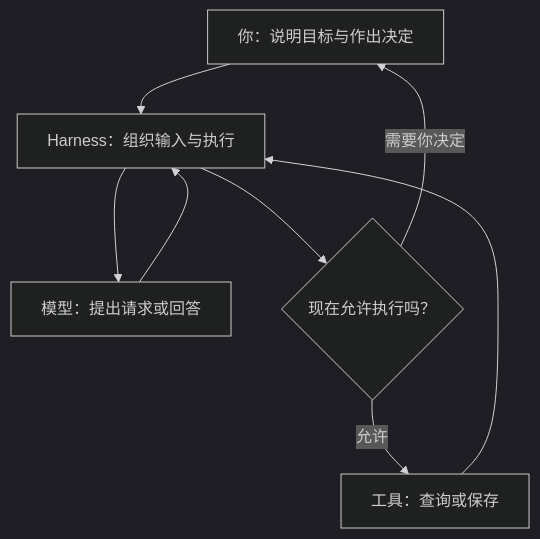
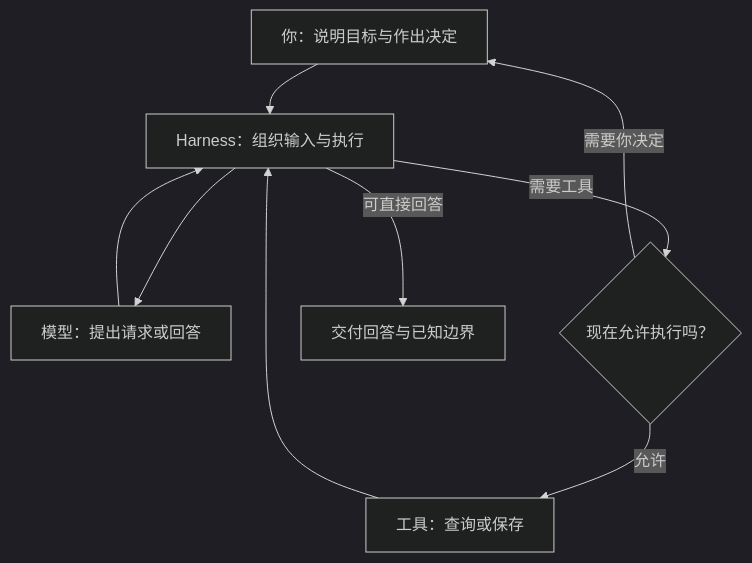
Before and after one commit to offercontext/offerPilot: the diagram in docs/learn/07-who-connects-the-steps.md, drawn with Mermaid (dark theme). The commit also changed other lines of this file and 27 other files, not shown here.

````diff
--- a/docs/learn/07-who-connects-the-steps.md
+++ b/docs/learn/07-who-connects-the-steps.md
@@ -69,10 +55,11 @@
 ```mermaid
 flowchart TD
     user["你：说明目标与作出决定"] --> harness["Harness：组织输入与执行"]
     harness --> model["模型：提出请求或回答"]
     model --> harness
-    harness --> gate{"现在允许执行吗？"}
+    harness -->|"需要工具"| gate{"现在允许执行吗？"}
+    harness -->|"可直接回答"| answer["交付回答与已知边界"]
     gate -->|"允许"| tool["工具：查询或保存"]
     tool --> harness
     gate -->|"需要你决定"| user
 ```
````
